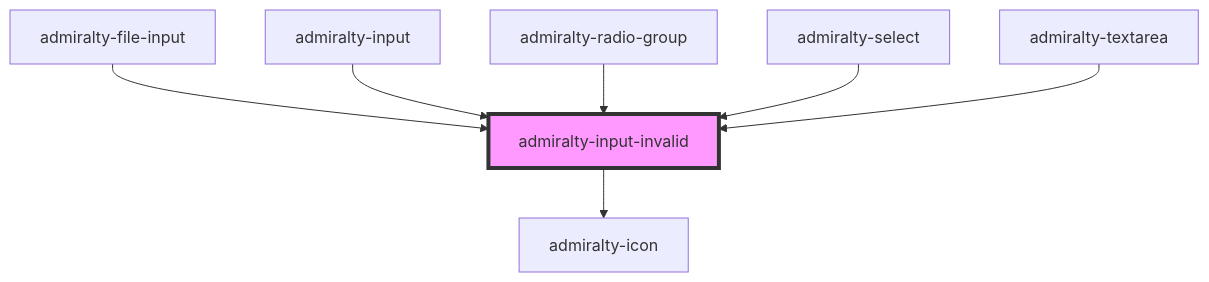
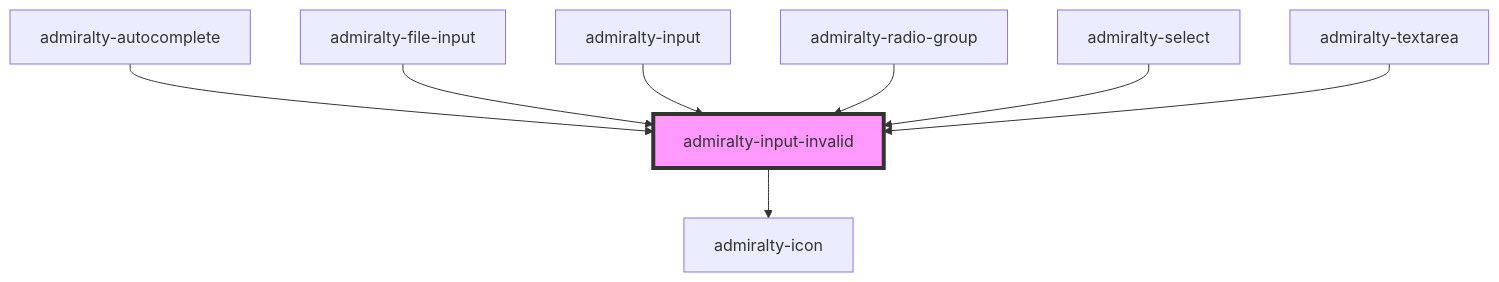
The diagram in packages/core/src/components/input-invalid/readme.md (UKHO/admiralty-design-system), drawn with Mermaid before and after one commit. The commit also changed other lines of this file and 4 other files, not shown here.

````diff
--- a/packages/core/src/components/input-invalid/readme.md
+++ b/packages/core/src/components/input-invalid/readme.md
@@ -28,10 +29,11 @@
 ```mermaid
 graph TD;
   admiralty-input-invalid --> admiralty-icon
+  admiralty-autocomplete --> admiralty-input-invalid
   admiralty-file-input --> admiralty-input-invalid
   admiralty-input --> admiralty-input-invalid
   admiralty-radio-group --> admiralty-input-invalid
   admiralty-select --> admiralty-input-invalid
   admiralty-textarea --> admiralty-input-invalid
   style admiralty-input-invalid fill:#f9f,stroke:#333,stroke-width:4px
 ```
````
